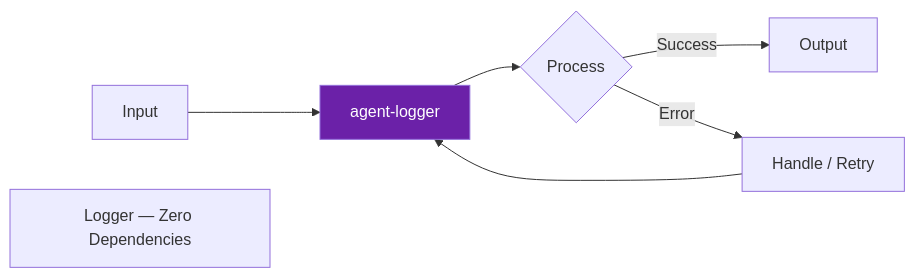
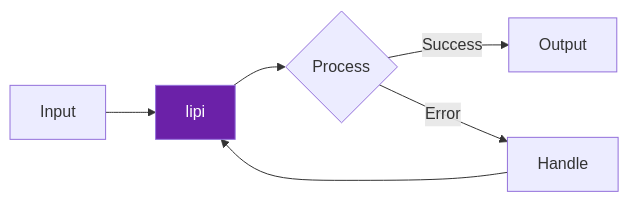
One commit to darshjme/agent-logger changed the diagram in README.md. Above: the diagram before and after it, drawn with Mermaid. The commit also changed other lines of this file and 1 other file, not shown here.

First line of the commit message:
feat(vedic-v3): rename to lipi (लिपि)

````diff
--- a/README.md
+++ b/README.md
@@ -48,10 +39,9 @@
 ```mermaid
 flowchart LR
-    A[Input] --> B[agent-logger]
+    A[Input] --> B[lipi]
     B --> C{Process}
     C -- Success --> D[Output]
-    C -- Error --> E[Handle / Retry]
+    C -- Error --> E[Handle]
     E --> B
     style B fill:#6b21a8,color:#fff
-    note["Logger — Zero Dependencies"]
 ```
````
